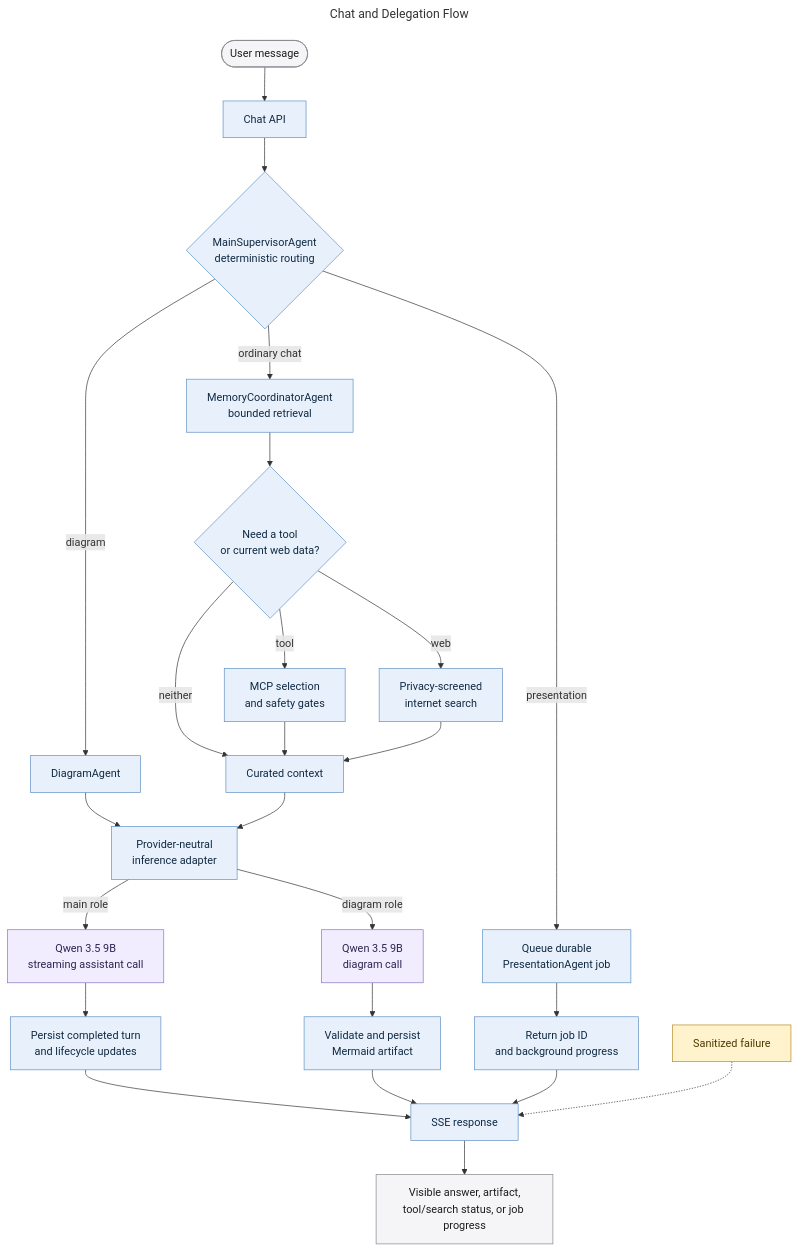
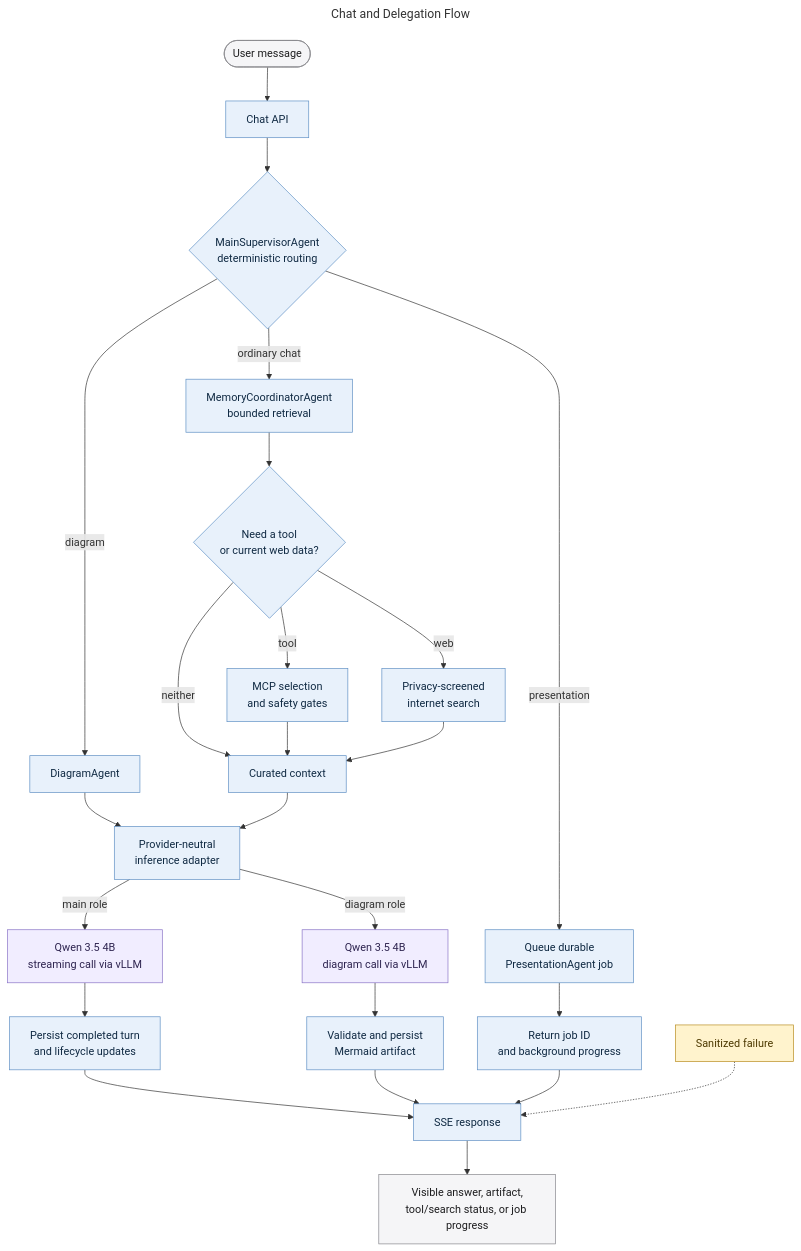
The diagram in docs/diagrams/chat-orchestration.mmd (MallyaAni/PersonalAssistant), drawn with Mermaid before and after one commit. The commit also changed 41 other files, not shown here.

```diff
--- a/docs/diagrams/chat-orchestration.mmd
+++ b/docs/diagrams/chat-orchestration.mmd
@@ -1,42 +1,42 @@
 ---
 title: Chat and Delegation Flow
 ---
 flowchart TB
     User([User message]) --> API[Chat API]
     API --> Supervisor{MainSupervisorAgent<br/>deterministic routing}
 
     Supervisor -->|presentation| Presentation[Queue durable<br/>PresentationAgent job]
     Presentation --> Progress[Return job ID<br/>and background progress]
 
     Supervisor -->|diagram| Diagram[DiagramAgent]
     Diagram --> Inference[Provider-neutral<br/>inference adapter]
-    Inference -->|diagram role| DiagramModel[Qwen 3.5 9B<br/>diagram call]
+    Inference -->|diagram role| DiagramModel[Qwen 3.5 4B<br/>diagram call via vLLM]
     DiagramModel --> Artifact[Validate and persist<br/>Mermaid artifact]
 
     Supervisor -->|ordinary chat| Memory[MemoryCoordinatorAgent<br/>bounded retrieval]
     Memory --> Optional{Need a tool<br/>or current web data?}
     Optional -->|tool| MCP[MCP selection<br/>and safety gates]
     Optional -->|web| Search[Privacy-screened<br/>internet search]
     Optional -->|neither| Context[Curated context]
     MCP --> Context
     Search --> Context
 
     Context --> Inference
-    Inference -->|main role| Main[Qwen 3.5 9B<br/>streaming assistant call]
+    Inference -->|main role| Main[Qwen 3.5 4B<br/>streaming call via vLLM]
     Main --> Persist[Persist completed turn<br/>and lifecycle updates]
     Persist --> Stream[SSE response]
 
     Artifact --> Stream
     Progress --> Stream
     Stream --> UI[Visible answer, artifact,<br/>tool/search status, or job progress]
 
     Failure[Sanitized failure] -.-> Stream
 
     classDef interface fill:#f5f5f7,stroke:#86868b,color:#1d1d1f;
     classDef application fill:#e8f1fb,stroke:#5e8fc4,color:#102a43;
     classDef model fill:#f1edff,stroke:#8872c6,color:#2e2450;
     classDef failure fill:#fff3cd,stroke:#b78b20,color:#4d3900;
     class User,UI interface;
     class API,Supervisor,Presentation,Progress,Diagram,Artifact,Memory,Optional,MCP,Search,Context,Inference,Persist,Stream application;
     class Main,DiagramModel model;
     class Failure failure;
```
